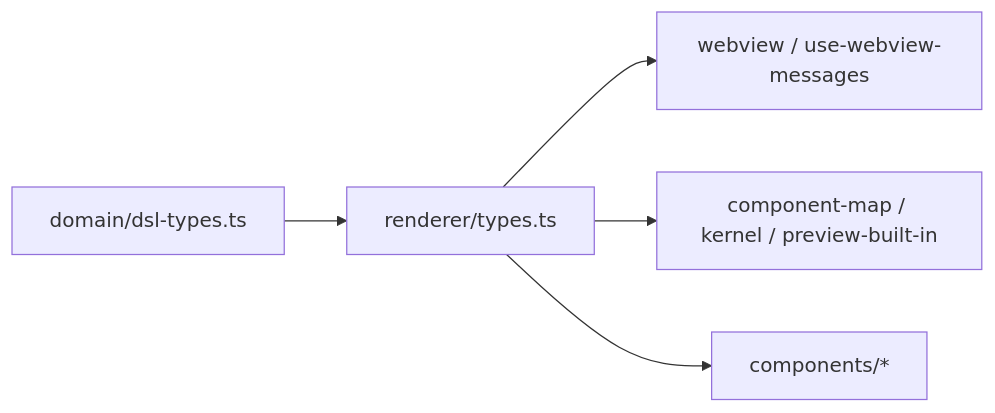
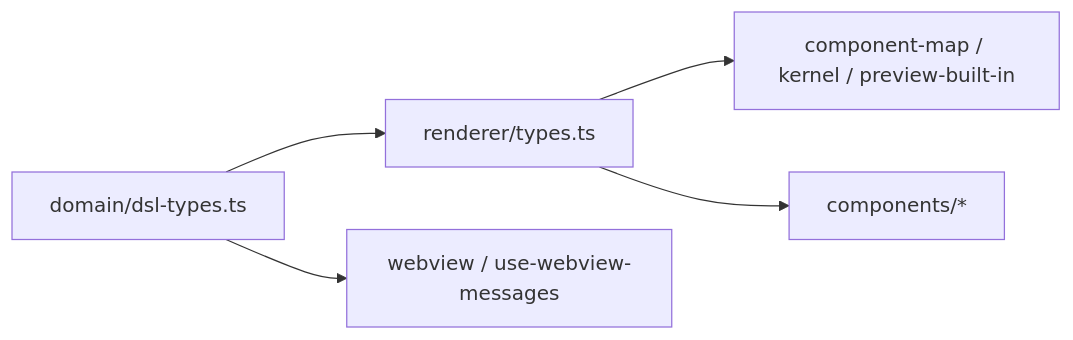
The diagram in docs/ssot-renderer-types-inventory.md (kamoshika-san/TextUI-Designer), drawn with Mermaid before and after one commit. The commit also changed other lines of this file and 3 other files, not shown here.

First line of the commit message:
feat: T-167 WebView entry から domain/dsl-types 直参照 PoC

````diff
--- a/docs/ssot-renderer-types-inventory.md
+++ b/docs/ssot-renderer-types-inventory.md
@@ -72,13 +72,13 @@
 ```mermaid
 flowchart LR
   DSL[domain/dsl-types.ts]
   FAC[renderer/types.ts]
   ENTRY[webview / use-webview-messages]
   KERNEL[component-map / kernel / preview-built-in]
   COMP[components/*]
 
   DSL --> FAC
-  FAC --> ENTRY
+  DSL --> ENTRY
   FAC --> KERNEL
   FAC --> COMP
 ```
````
